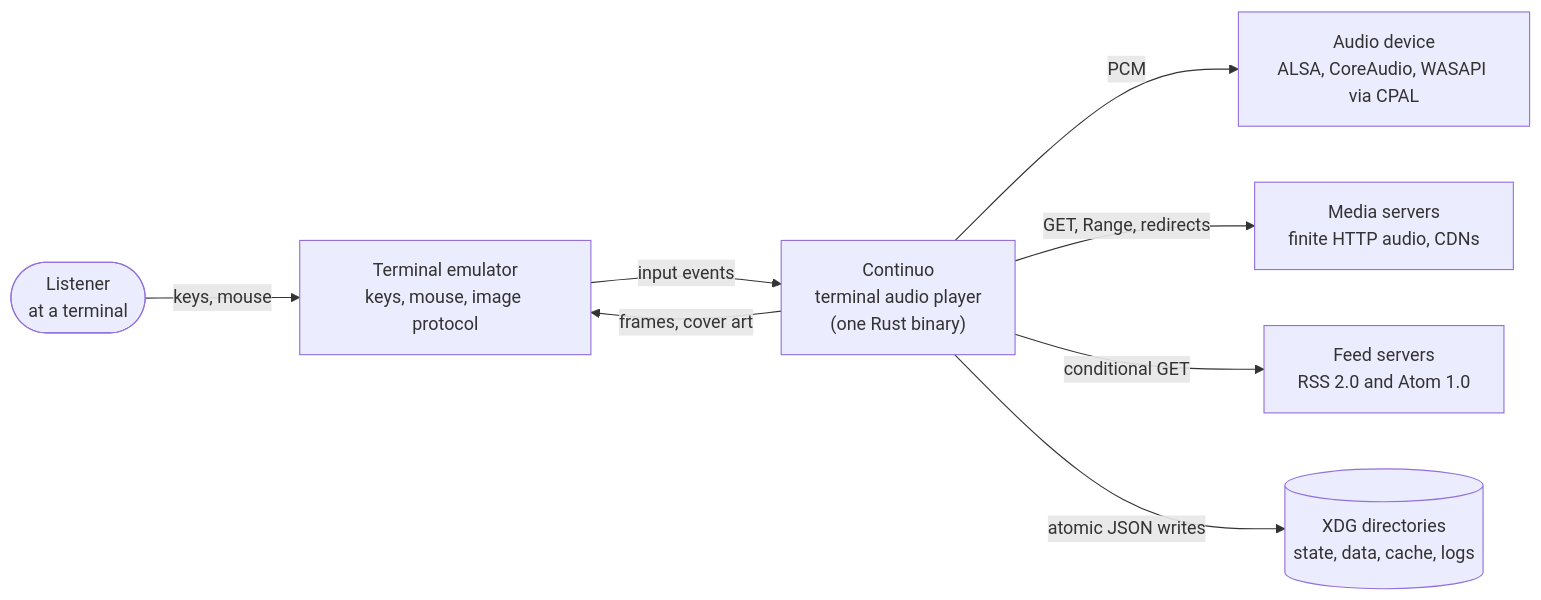
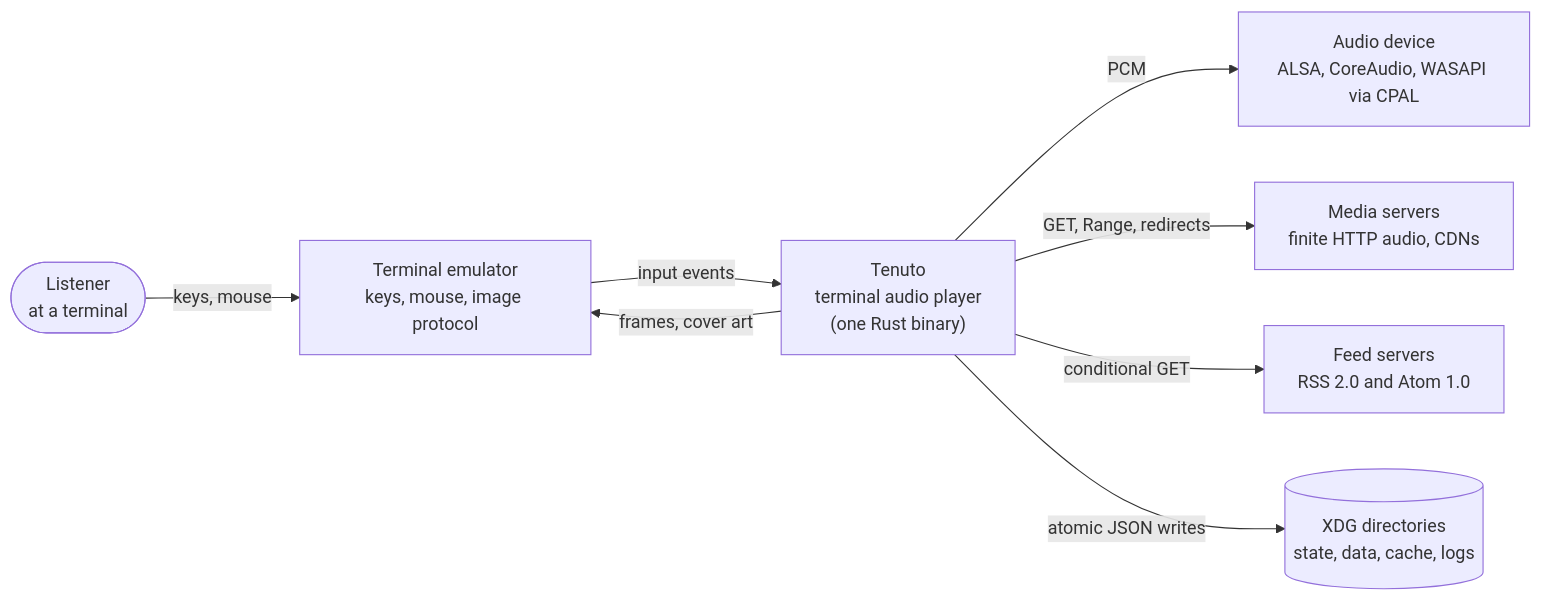
The first of 5 diagrams in docs/architecture.md (alvytsk/continuo), drawn with Mermaid before and after one commit. The commit also changed other lines of this file and 146 other files, not shown here.

````diff
--- a/docs/architecture.md
+++ b/docs/architecture.md
@@ -38,18 +38,18 @@
 ```mermaid
 flowchart LR
     listener(["Listener<br/>at a terminal"])
-    continuo["Continuo<br/>terminal audio player<br/>(one Rust binary)"]
+    tenuto["Tenuto<br/>terminal audio player<br/>(one Rust binary)"]
     term["Terminal emulator<br/>keys, mouse, image protocol"]
     device["Audio device<br/>ALSA, CoreAudio, WASAPI via CPAL"]
     media["Media servers<br/>finite HTTP audio, CDNs"]
     feeds["Feed servers<br/>RSS 2.0 and Atom 1.0"]
     fs[("XDG directories<br/>state, data, cache, logs")]
 
     listener -- "keys, mouse" --> term
-    term -- "input events" --> continuo
-    continuo -- "frames, cover art" --> term
-    continuo -- "PCM" --> device
-    continuo -- "GET, Range, redirects" --> media
-    continuo -- "conditional GET" --> feeds
-    continuo -- "atomic JSON writes" --> fs
+    term -- "input events" --> tenuto
+    tenuto -- "frames, cover art" --> term
+    tenuto -- "PCM" --> device
+    tenuto -- "GET, Range, redirects" --> media
+    tenuto -- "conditional GET" --> feeds
+    tenuto -- "atomic JSON writes" --> fs
 ```
````
